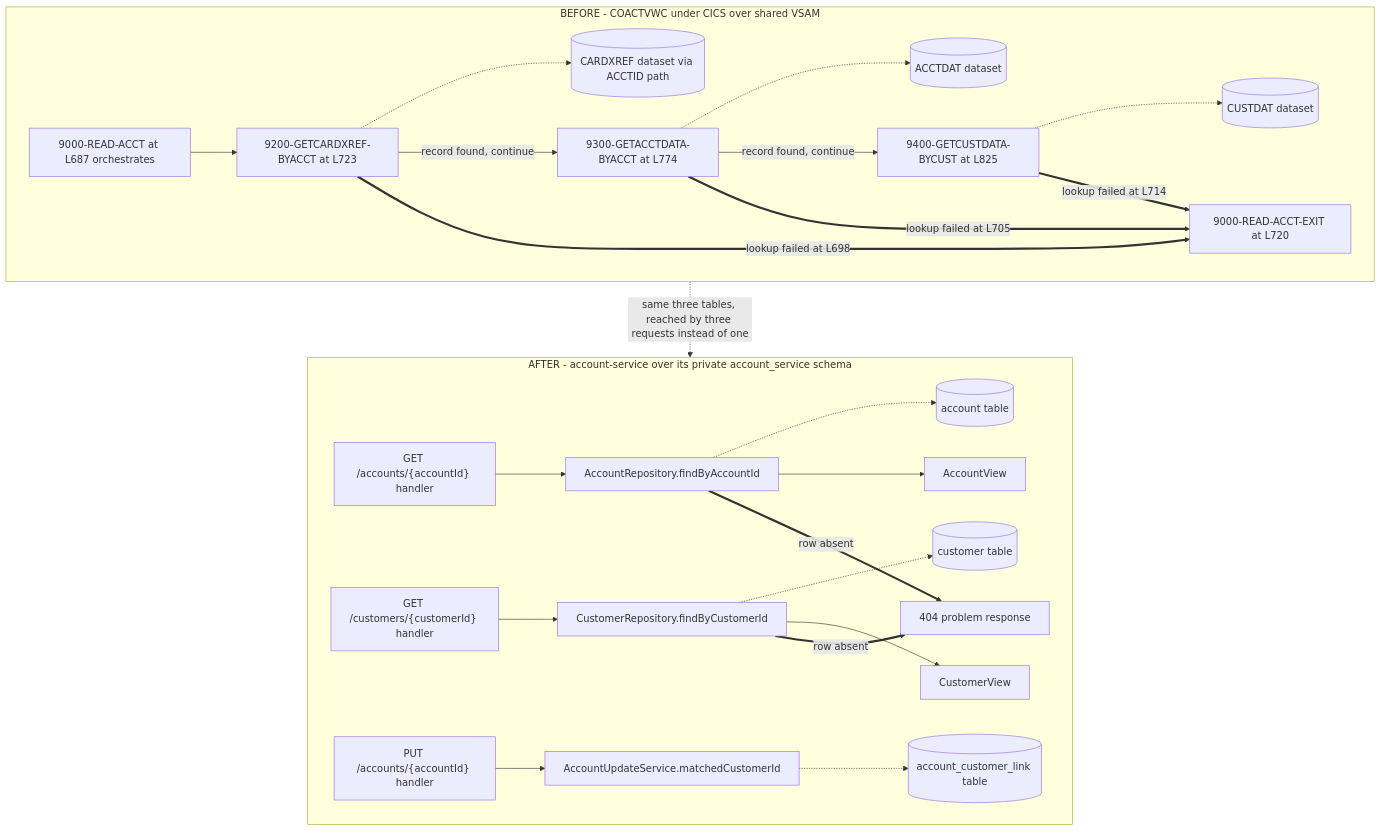
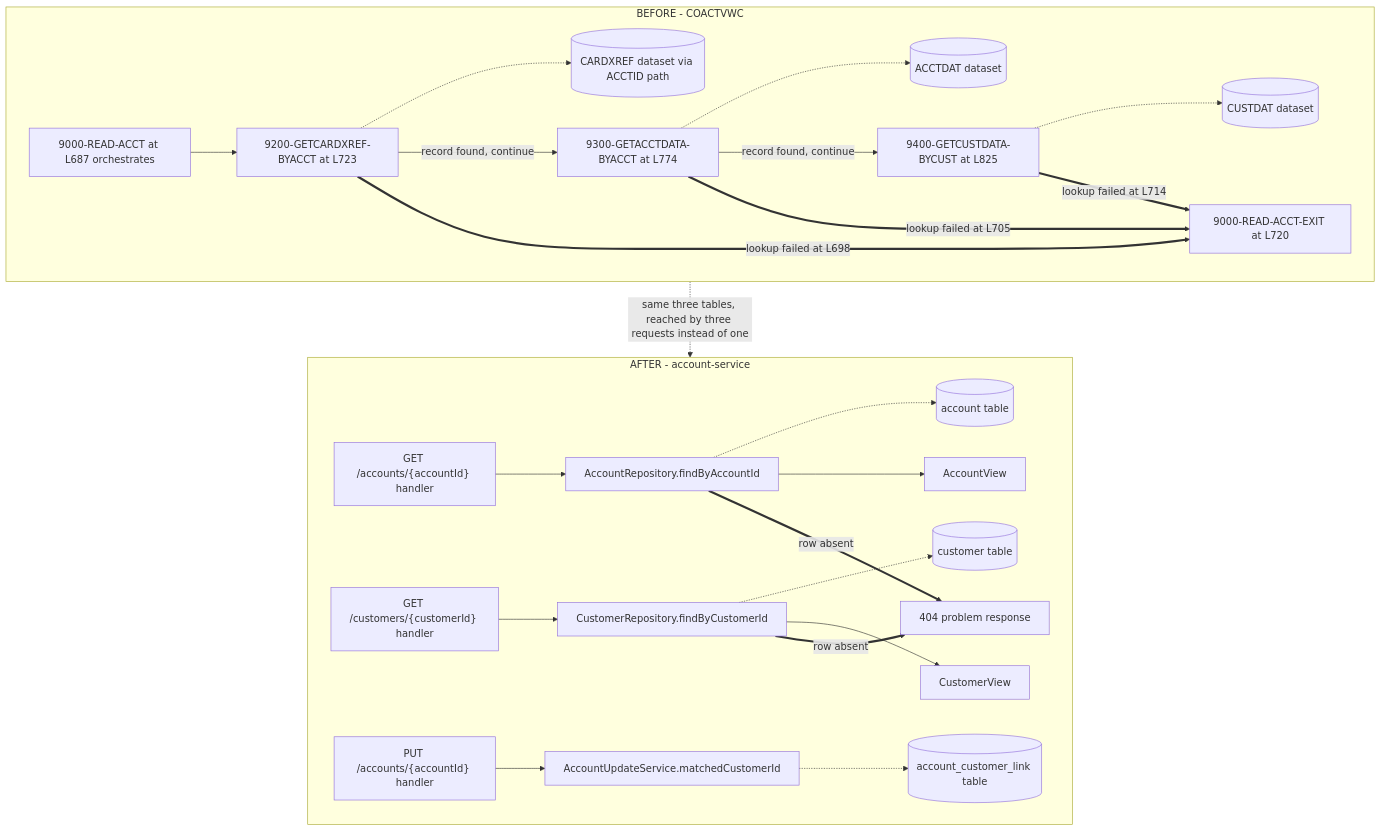
One commit to blitzy-public-samples/aws-carddemo-blitzy changed the diagram in card-platform/services/account-service/README.md. Above: the diagram before and after it, drawn with Mermaid. The commit also changed other lines of this file and 126 other files, not shown here.

````diff
--- a/card-platform/services/account-service/README.md
+++ b/card-platform/services/account-service/README.md
@@ -413,54 +413,54 @@
 ```mermaid
 graph TB
-    subgraph BEFORE["BEFORE - COACTVWC under CICS over shared VSAM"]
+    subgraph BEFORE["BEFORE - COACTVWC"]
         B0["9000-READ-ACCT at L687 orchestrates"]
         B1["9200-GETCARDXREF-BYACCT at L723"]
         B2["9300-GETACCTDATA-BYACCT at L774"]
         B3["9400-GETCUSTDATA-BYCUST at L825"]
         BX[("CARDXREF dataset via ACCTID path")]
         BA[("ACCTDAT dataset")]
         BC[("CUSTDAT dataset")]
         BE["9000-READ-ACCT-EXIT at L720"]
 
         B0 --> B1
         B1 -.-> BX
         B1 -->|"record found, continue"| B2
         B2 -.-> BA
         B2 -->|"record found, continue"| B3
         B3 -.-> BC
         B1 ==>|"lookup failed at L698"| BE
         B2 ==>|"lookup failed at L705"| BE
         B3 ==>|"lookup failed at L714"| BE
     end
 
-    subgraph AFTER["AFTER - account-service over its private account_service schema"]
+    subgraph AFTER["AFTER - account-service"]
         A0["GET /accounts/{accountId} handler"]
         A1["AccountRepository.findByAccountId"]
         AT[("account table")]
         A2["AccountView"]
 
         C0["GET /customers/{customerId} handler"]
         C1["CustomerRepository.findByCustomerId"]
         CT[("customer table")]
         C2["CustomerView"]
 
         U0["PUT /accounts/{accountId} handler"]
         U1["AccountUpdateService.matchedCustomerId"]
         UT[("account_customer_link table")]
 
         AE["404 problem response"]
 
         A0 --> A1
         A1 -.-> AT
         A1 --> A2
         C0 --> C1
         C1 -.-> CT
         C1 --> C2
         U0 --> U1
         U1 -.-> UT
         A1 ==>|"row absent"| AE
         C1 ==>|"row absent"| AE
     end
 
     BEFORE -.->|"same three tables, reached by three requests instead of one"| AFTER
 ```
````
